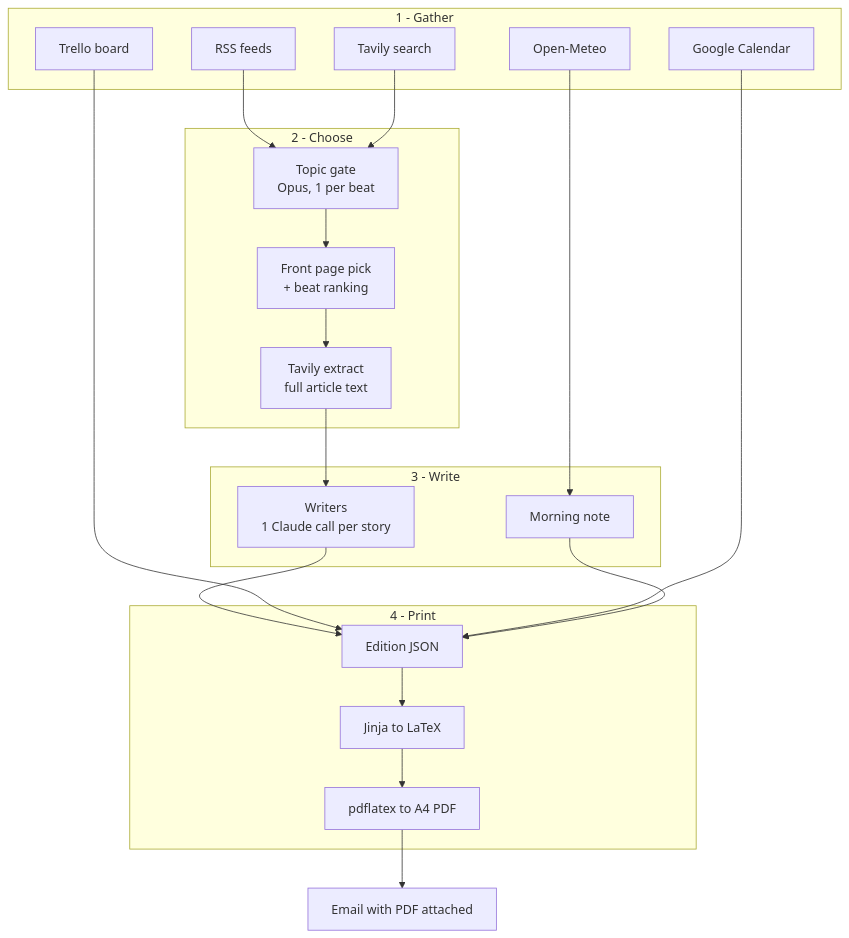
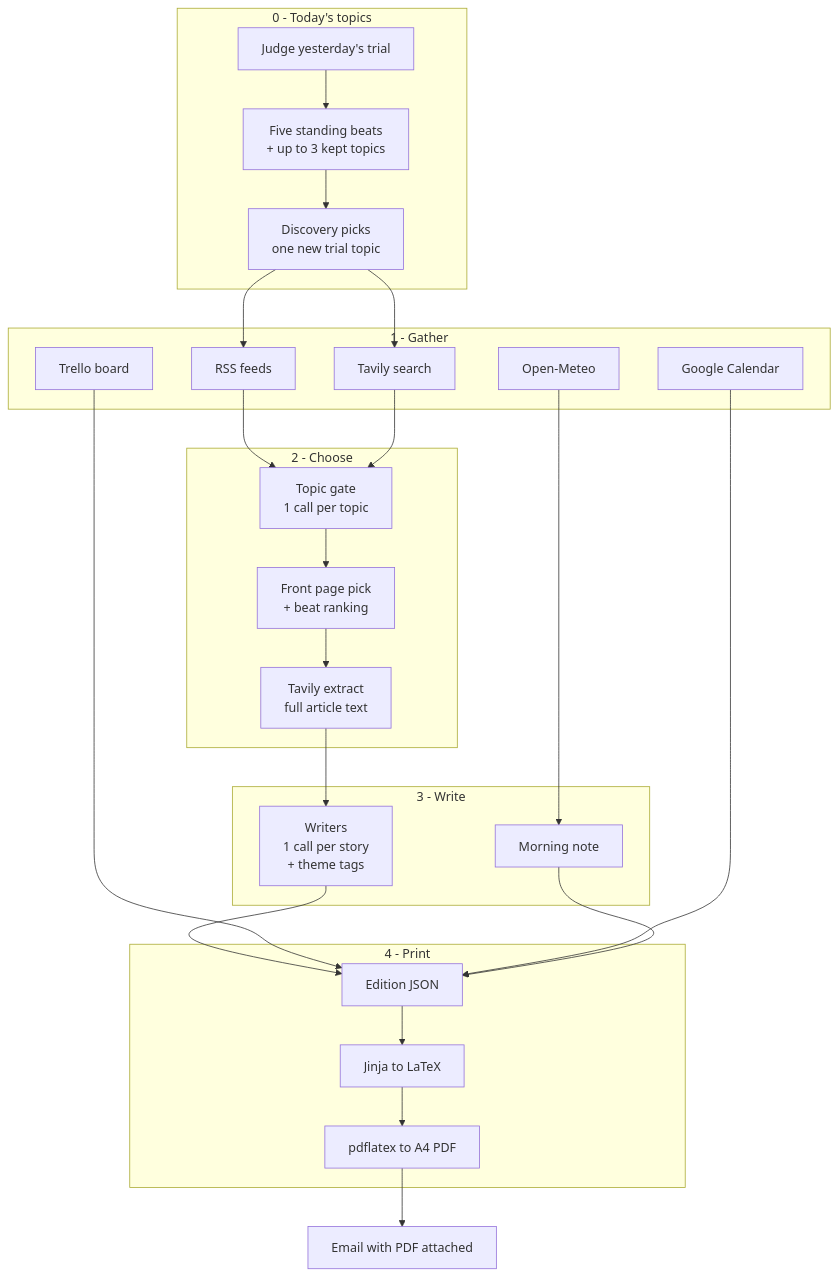
The first of 3 diagrams in docs/how-it-works.md (rameenbabarr/personalized-newspaper), drawn with Mermaid before and after one commit. The commit also changed other lines of this file and 2 other files, not shown here.

````diff
--- a/docs/how-it-works.md
+++ b/docs/how-it-works.md
@@ -20,31 +44,38 @@
 ```mermaid
 flowchart TD
+  subgraph T[0 - Today's topics]
+    JUDGE[Judge yesterday's trial]
+    KEPT[Five standing beats<br/>+ up to 3 kept topics]
+    NEW[Discovery picks<br/>one new trial topic]
+  end
   subgraph G[1 - Gather]
     RSS[RSS feeds]
     TAV[Tavily search]
     TRE[Trello board]
     CAL[Google Calendar]
     WX[Open-Meteo]
   end
   subgraph C[2 - Choose]
-    GATE[Topic gate<br/>Opus, 1 per beat]
+    GATE[Topic gate<br/>1 call per topic]
     BRIEF[Front page pick<br/>+ beat ranking]
     EXT[Tavily extract<br/>full article text]
   end
   subgraph W[3 - Write]
-    WRITERS[Writers<br/>1 Claude call per story]
+    WRITERS[Writers<br/>1 call per story<br/>+ theme tags]
     NOTE[Morning note]
   end
   subgraph P[4 - Print]
     JSON[Edition JSON]
     TEX[Jinja to LaTeX]
     PDF[pdflatex to A4 PDF]
   end
+  JUDGE --> KEPT --> NEW --> RSS
+  NEW --> TAV
   RSS --> GATE
   TAV --> GATE
   GATE --> BRIEF --> EXT --> WRITERS --> JSON
   TRE --> JSON
   CAL --> JSON
   WX --> NOTE --> JSON
   JSON --> TEX --> PDF --> MAIL[Email with PDF attached]
 ```
````
